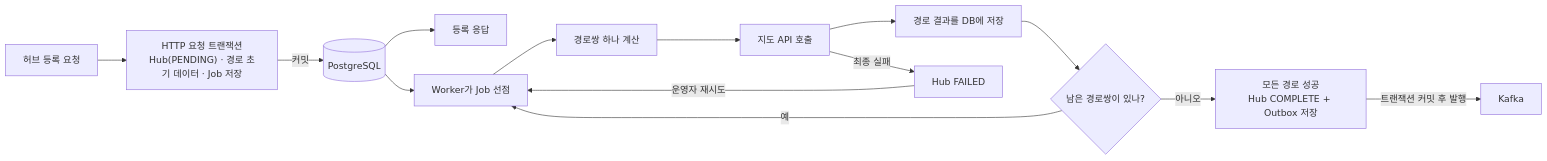
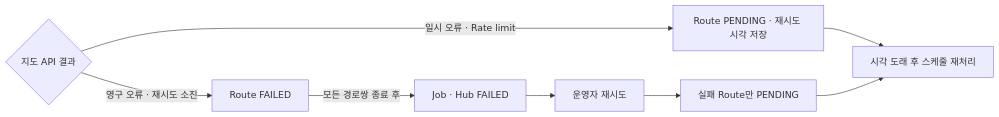
Before and after one commit to jumun-personal/hub: the fourth of 4 diagrams in README.md, drawn with Mermaid. The commit also changed other lines of this file, not shown here.

Commit message:
docs(hub-route): 문서 갱신

````diff
--- a/README.md
+++ b/README.md
@@ -10,16 +69,10 @@
 ```mermaid
 flowchart LR
-    Request["허브 등록 요청"] --> Save["HTTP 요청 트랜잭션<br/>Hub(PENDING) · 경로 초기 데이터 · Job 저장"]
-    Save -->|커밋| DB[("PostgreSQL")]
-    DB --> Response["등록 응답"]
-    DB --> Worker["Worker가 Job 선점"]
-    Worker --> Build["경로쌍 하나 계산"]
-    Build --> Map["지도 API 호출"]
-    Map --> Result["경로 결과를 DB에 저장"]
-    Result --> More{"남은 경로쌍이 있나?"}
-    More -->|예| Worker
-    More -->|아니오| Complete["모든 경로 성공<br/>Hub COMPLETE + Outbox 저장"]
-    Complete -->|트랜잭션 커밋 후 발행| Kafka["Kafka"]
-    Map -->|최종 실패| Failed["Hub FAILED"]
-    Failed -->|운영자 재시도| Worker
+    Error{"지도 API 결과"} -->|일시 오류 · Rate limit| Defer["Route PENDING · 재시도 시각 저장"]
+    Defer --> Worker["시각 도래 후 스케줄 재처리"]
+    Error -->|영구 오류 · 재시도 소진| RouteFailed["Route FAILED"]
+    RouteFailed -->|모든 경로쌍 종료 후| JobHubFailed["Job · Hub FAILED"]
+    JobHubFailed --> Admin["운영자 재시도"]
+    Admin --> Reset["실패 Route만 PENDING"]
+    Reset --> Worker
 ```
````
